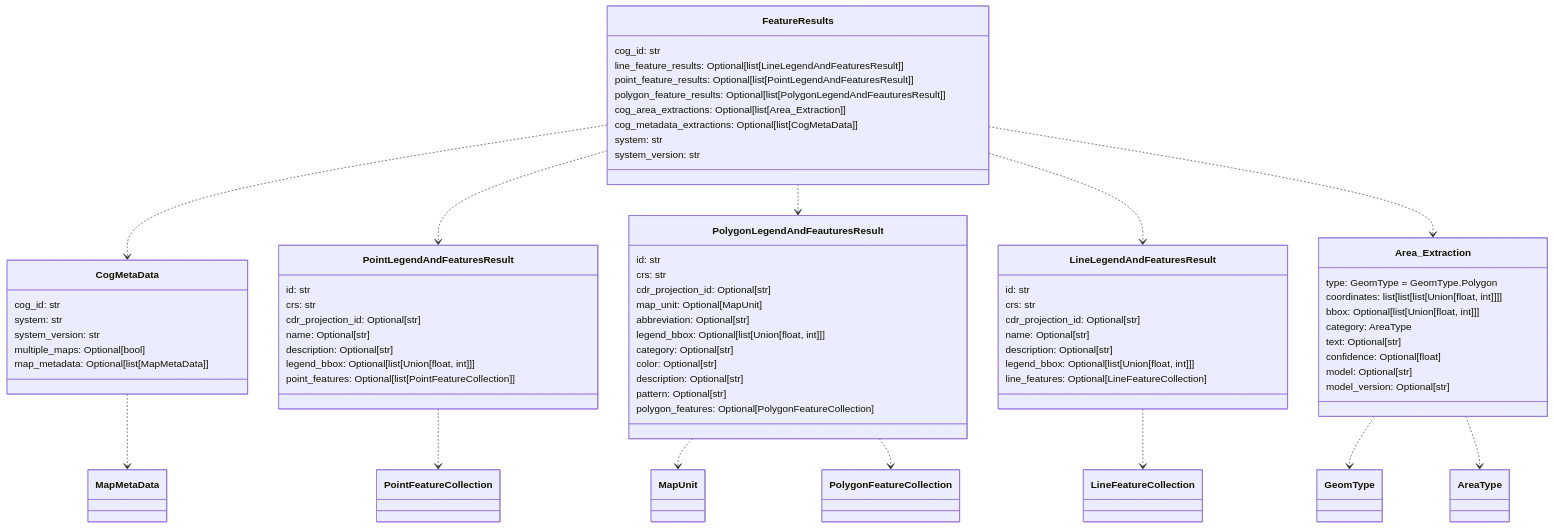
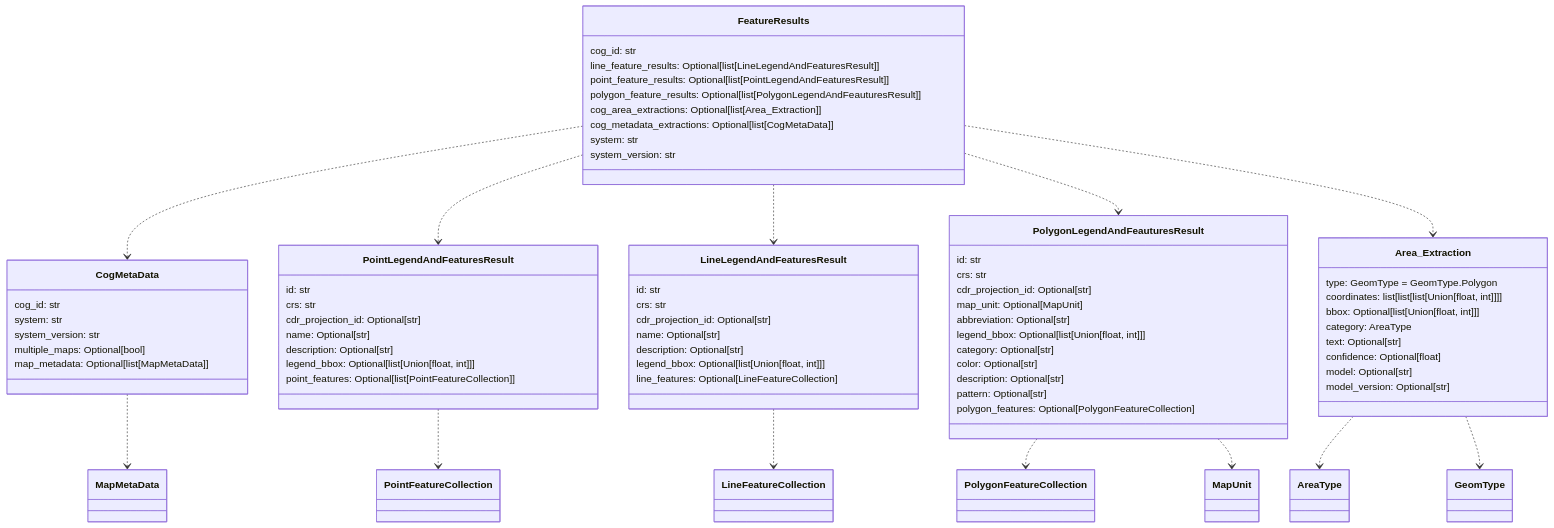
The fourth of 12 diagrams in README.md (DARPA-CRITICALMAAS/cdr_schemas), drawn with Mermaid before and after one commit. The commit also changed other lines of this file and 4 other files, not shown here.

````diff
--- a/README.md
+++ b/README.md
@@ -235,82 +235,82 @@
 ```mermaid
 classDiagram
-
-    class FeatureResults {
-        cog_id: str
-        line_feature_results: Optional[list[LineLegendAndFeaturesResult]]
-        point_feature_results: Optional[list[PointLegendAndFeaturesResult]]
-        polygon_feature_results: Optional[list[PolygonLegendAndFeauturesResult]]
-        cog_area_extractions: Optional[list[Area_Extraction]]
-        cog_metadata_extractions: Optional[list[CogMetaData]]
-        system: str
-        system_version: str
-    }
 
     class CogMetaData {
         cog_id: str
         system: str
         system_version: str
         multiple_maps: Optional[bool]
         map_metadata: Optional[list[MapMetaData]]
     }
 
     class PointLegendAndFeaturesResult {
         id: str
         crs: str
         cdr_projection_id: Optional[str]
         name: Optional[str]
         description: Optional[str]
         legend_bbox: Optional[list[Union[float, int]]]
         point_features: Optional[list[PointFeatureCollection]]
     }
 
+    class FeatureResults {
+        cog_id: str
+        line_feature_results: Optional[list[LineLegendAndFeaturesResult]]
+        point_feature_results: Optional[list[PointLegendAndFeaturesResult]]
+        polygon_feature_results: Optional[list[PolygonLegendAndFeauturesResult]]
+        cog_area_extractions: Optional[list[Area_Extraction]]
+        cog_metadata_extractions: Optional[list[CogMetaData]]
+        system: str
+        system_version: str
+    }
+
+    class LineLegendAndFeaturesResult {
+        id: str
+        crs: str
+        cdr_projection_id: Optional[str]
+        name: Optional[str]
+        description: Optional[str]
+        legend_bbox: Optional[list[Union[float, int]]]
+        line_features: Optional[LineFeatureCollection]
+    }
+
     class PolygonLegendAndFeauturesResult {
         id: str
         crs: str
         cdr_projection_id: Optional[str]
         map_unit: Optional[MapUnit]
         abbreviation: Optional[str]
         legend_bbox: Optional[list[Union[float, int]]]
         category: Optional[str]
         color: Optional[str]
         description: Optional[str]
         pattern: Optional[str]
         polygon_features: Optional[PolygonFeatureCollection]
     }
 
-    class LineLegendAndFeaturesResult {
-        id: str
-        crs: str
-        cdr_projection_id: Optional[str]
-        name: Optional[str]
-        description: Optional[str]
-        legend_bbox: Optional[list[Union[float, int]]]
-        line_features: Optional[LineFeatureCollection]
-    }
-
     class Area_Extraction {
         type: GeomType = GeomType.Polygon
         coordinates: list[list[list[Union[float, int]]]]
         bbox: Optional[list[Union[float, int]]]
         category: AreaType
         text: Optional[str]
         confidence: Optional[float]
         model: Optional[str]
         model_version: Optional[str]
     }
 
+    Area_Extraction ..> AreaType
     Area_Extraction ..> GeomType
-    Area_Extraction ..> AreaType
     LineLegendAndFeaturesResult ..> LineFeatureCollection
     PointLegendAndFeaturesResult ..> PointFeatureCollection
+    PolygonLegendAndFeauturesResult ..> PolygonFeatureCollection
     PolygonLegendAndFeauturesResult ..> MapUnit
-    PolygonLegendAndFeauturesResult ..> PolygonFeatureCollection
     CogMetaData ..> MapMetaData
     FeatureResults ..> CogMetaData
     FeatureResults ..> PointLegendAndFeaturesResult
+    FeatureResults ..> LineLegendAndFeaturesResult
     FeatureResults ..> PolygonLegendAndFeauturesResult
-    FeatureResults ..> LineLegendAndFeaturesResult
     FeatureResults ..> Area_Extraction
 
 
 ```
````
